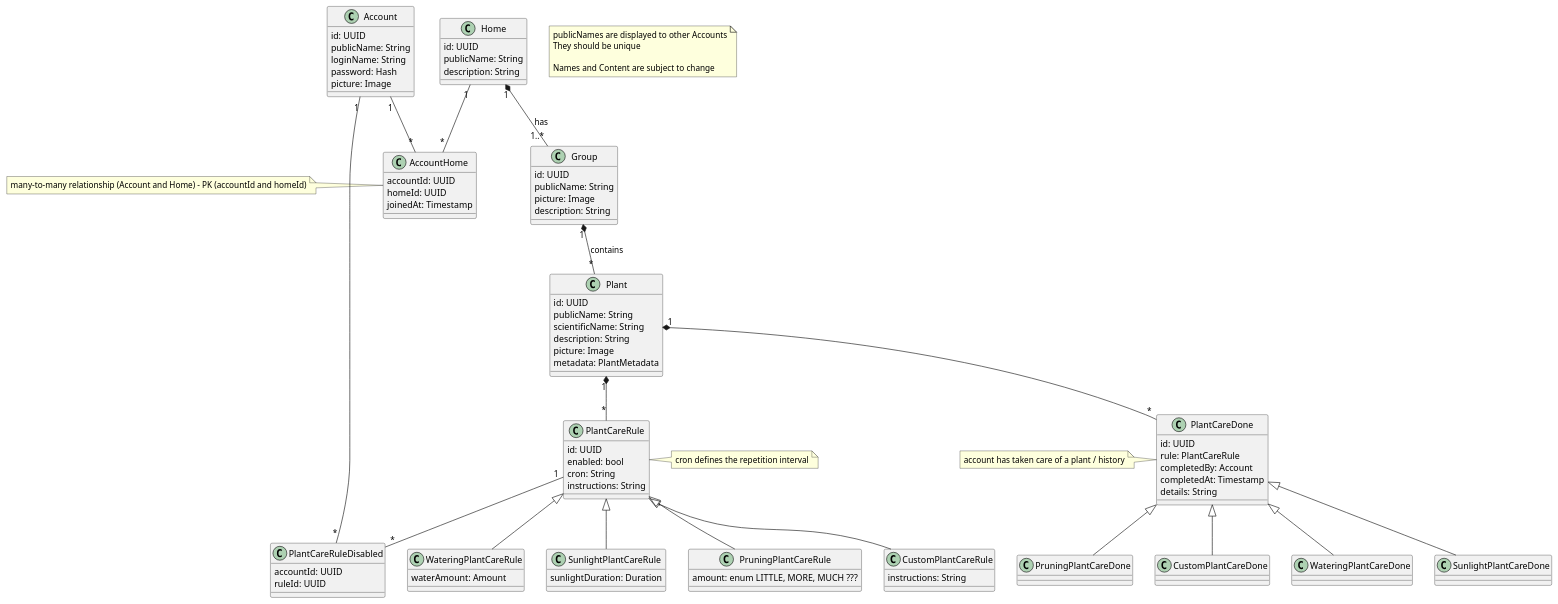
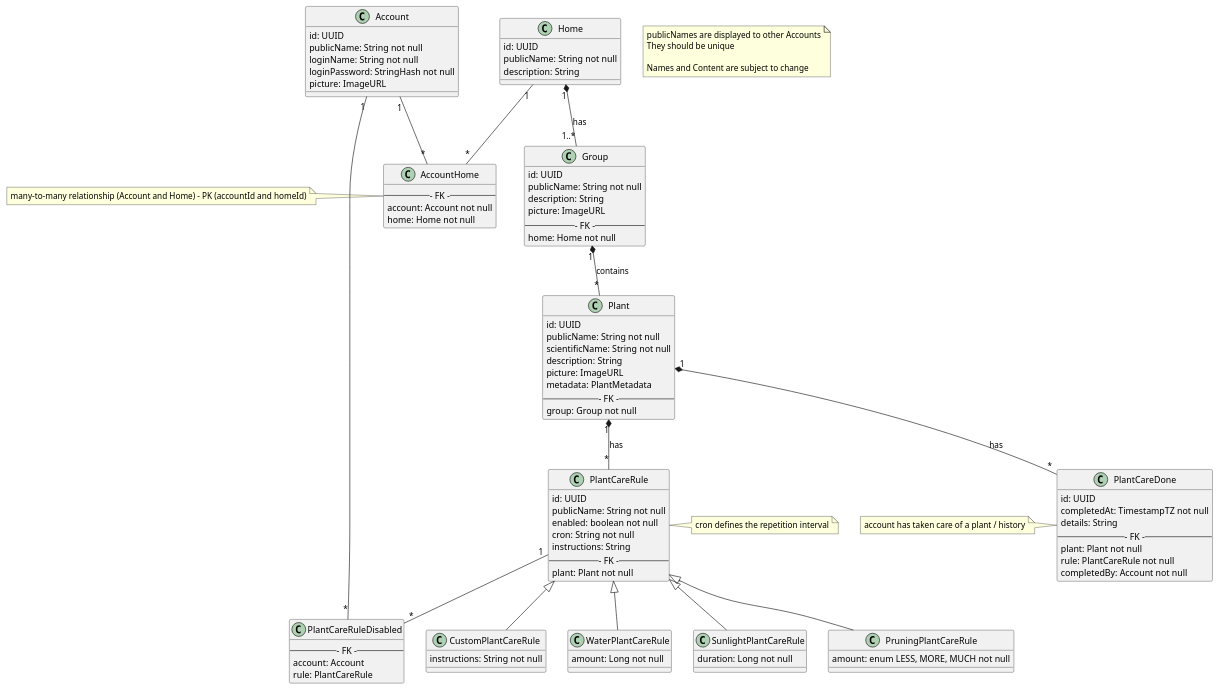
The diagram in docs/ERM.puml (DaniyarSabirov/powerplants), drawn with PlantUML before and after one commit. The commit also changed 1 other file, not shown here.

```diff
--- a/docs/ERM.puml
+++ b/docs/ERM.puml
@@ -1,112 +1,109 @@
 @startuml
 note as N1
   publicNames are displayed to other Accounts
   They should be unique
 
   Names and Content are subject to change
 end note
 
 class Account {
   id: UUID
-  publicName: String
-  loginName: String
-  password: Hash
-  picture: Image
+  publicName: String not null
+  loginName: String not null
+  loginPassword: StringHash not null
+  picture: ImageURL
 }
 
 class Home {
   id: UUID
-  publicName: String
+  publicName: String not null
   description: String
 }
 
 class AccountHome {
-  accountId: UUID
-  homeId: UUID
-  joinedAt: Timestamp
+  --- FK ---
+  account: Account not null
+  home: Home not null
 }
 note left: many-to-many relationship (Account and Home) - PK (accountId and homeId)
 
 class Group {
   id: UUID
-  publicName: String
-  picture: Image
+  publicName: String not null
   description: String
+  picture: ImageURL
+  --- FK ---
+  home: Home not null
 }
 
 class Plant {
   id: UUID
-  publicName: String
-  scientificName: String
+  publicName: String not null
+  scientificName: String not null
   description: String
-  picture: Image
+  picture: ImageURL
   metadata: PlantMetadata
+  --- FK ---
+  group: Group not null
 }
 
 class PlantCareDone {
   id: UUID
-  rule: PlantCareRule
-  completedBy: Account
-  completedAt: Timestamp
+  completedAt: TimestampTZ not null
   details: String
+  --- FK ---
+  plant: Plant not null
+  rule: PlantCareRule not null
+  completedBy: Account not null
 }
 note left: account has taken care of a plant / history
 
-class WateringPlantCareDone {}
-
-class SunlightPlantCareDone {}
-
-class PruningPlantCareDone {}
-
-class CustomPlantCareDone {}
-
 class PlantCareRule {
   id: UUID
-  enabled: bool
-  cron: String
+  publicName: String not null
+  enabled: boolean not null
+  cron: String not null
   instructions: String
+  --- FK ---
+  plant: Plant not null
 }
 note right: cron defines the repetition interval
 
-class WateringPlantCareRule {
-  waterAmount: Amount
+class CustomPlantCareRule {
+  instructions: String not null
+}
+
+class WaterPlantCareRule {
+  amount: Long not null
 }
 
 class SunlightPlantCareRule {
-  sunlightDuration: Duration
+  duration: Long not null
 }
 
 class PruningPlantCareRule {
-  amount: enum LITTLE, MORE, MUCH ???
-}
-
-class CustomPlantCareRule {
-  instructions: String
+  amount: enum LESS, MORE, MUCH not null
 }
 
 class PlantCareRuleDisabled {
-  accountId: UUID
-  ruleId: UUID
+  --- FK ---
+  account: Account
+  rule: PlantCareRule
 }
 
 Account "1" -- "*" AccountHome
 Home "1" -- "*" AccountHome
 Home "1" *-- "1..*" Group : has
 Group "1" *-- "*" Plant : contains
 
-Plant "1" *-- "*" PlantCareDone
-Plant "1" *-- "*" PlantCareRule
+Plant "1" *-- "*" PlantCareDone : has
+Plant "1" *-- "*" PlantCareRule : has
 
-PlantCareDone <|-- WateringPlantCareDone
-PlantCareDone <|-- SunlightPlantCareDone
-PlantCareDone <|-- PruningPlantCareDone
-PlantCareDone <|-- CustomPlantCareDone
-
-PlantCareRule <|-- WateringPlantCareRule
+PlantCareRule <|-- CustomPlantCareRule
+PlantCareRule <|-- WaterPlantCareRule
 PlantCareRule <|-- SunlightPlantCareRule
 PlantCareRule <|-- PruningPlantCareRule
-PlantCareRule <|-- CustomPlantCareRule
 
 Account "1" -- "*" PlantCareRuleDisabled
 PlantCareRule "1" -- "*" PlantCareRuleDisabled
 @enduml
```
